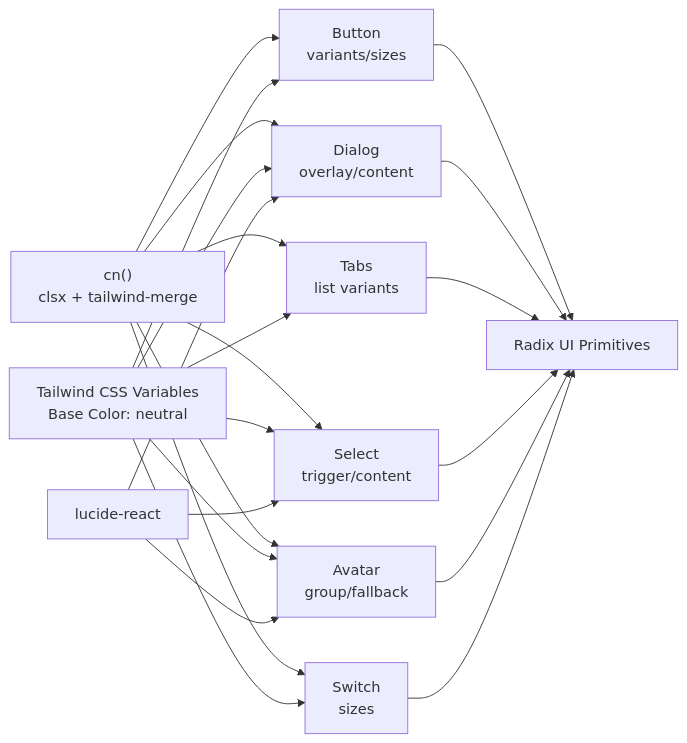
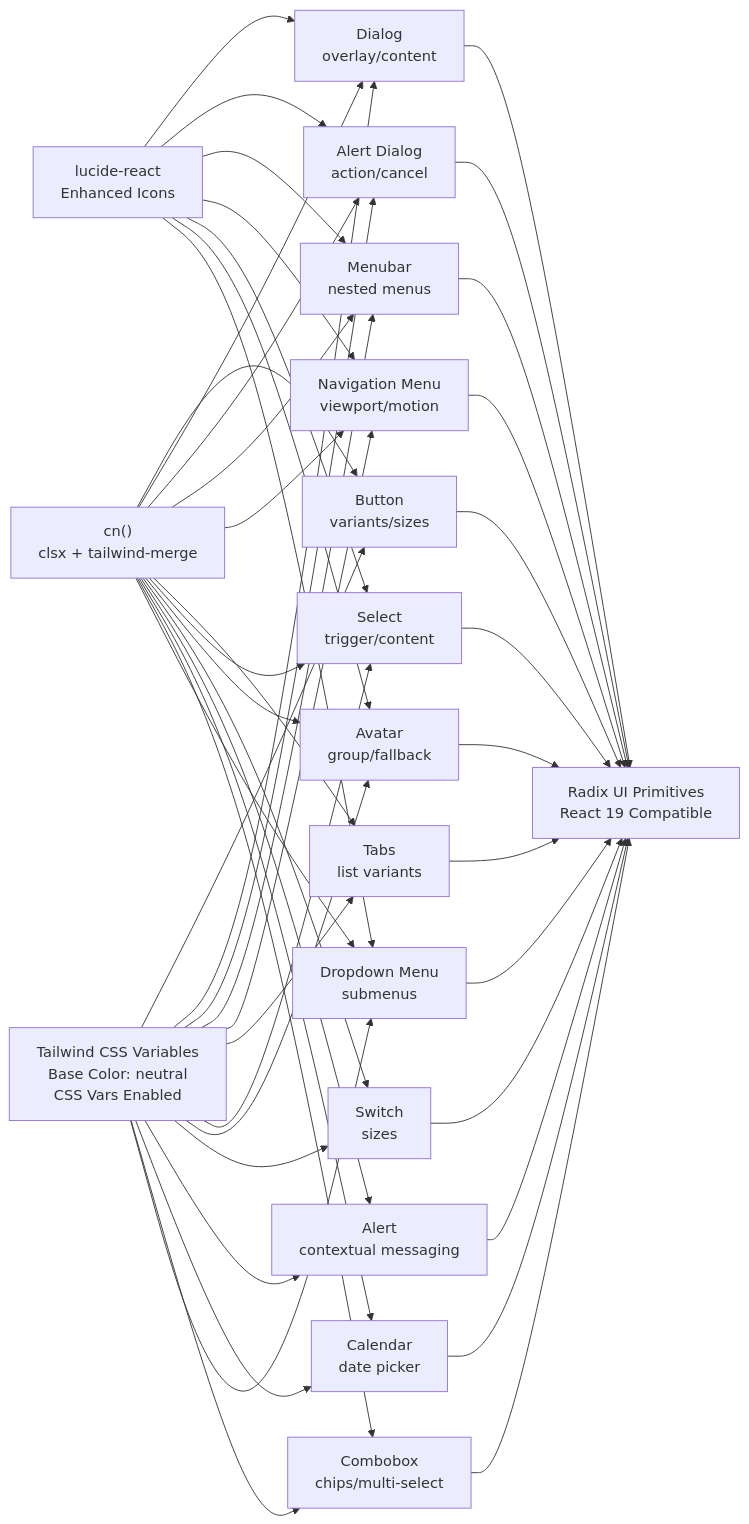
The second of 7 diagrams in .qoder/repowiki/en/content/Frontend Components & UI/UI Component Library.md (vincet0t15/template), drawn with Mermaid before and after one commit. The commit also changed other lines of this file and 5 other files, not shown here.

````diff
--- a/.qoder/repowiki/en/content/Frontend Components & UI/UI Component Library.md
+++ b/.qoder/repowiki/en/content/Frontend Components & UI/UI Component Library.md
@@ -136,24 +192,49 @@
 ```mermaid
 graph LR
 CN["cn()<br/>clsx + tailwind-merge"] --> BTN["Button<br/>variants/sizes"]
 CN --> DLG["Dialog<br/>overlay/content"]
+CN --> ADLG["Alert Dialog<br/>action/cancel"]
+CN --> MBAR["Menubar<br/>nested menus"]
+CN --> NVMENU["Navigation Menu<br/>viewport/motion"]
 CN --> TABS["Tabs<br/>list variants"]
 CN --> SEL["Select<br/>trigger/content"]
 CN --> AVA["Avatar<br/>group/fallback"]
 CN --> SW["Switch<br/>sizes"]
-BTN --> RADIX["Radix UI Primitives"]
+CN --> ALERT["Alert<br/>contextual messaging"]
+CN --> CAL["Calendar<br/>date picker"]
+CN --> COMBO["Combobox<br/>chips/multi-select"]
+CN --> DROP["Dropdown Menu<br/>submenus"]
+BTN --> RADIX["Radix UI Primitives<br/>React 19 Compatible"]
 DLG --> RADIX
+ADLG --> RADIX
+MBAR --> RADIX
+NVMENU --> RADIX
 TABS --> RADIX
 SEL --> RADIX
 AVA --> RADIX
 SW --> RADIX
-THEME["Tailwind CSS Variables<br/>Base Color: neutral"] --> BTN
+ALERT --> RADIX
+CAL --> RADIX
+COMBO --> RADIX
+DROP --> RADIX
+THEME["Tailwind CSS Variables<br/>Base Color: neutral<br/>CSS Vars Enabled"] --> BTN
 THEME --> DLG
+THEME --> ADLG
+THEME --> MBAR
+THEME --> NVMENU
 THEME --> TABS
 THEME --> SEL
 THEME --> AVA
 THEME --> SW
-ICONS["lucide-react"] --> DLG
+THEME --> ALERT
+THEME --> CAL
+THEME --> COMBO
+THEME --> DROP
+ICONS["lucide-react<br/>Enhanced Icons"] --> DLG
+ICONS --> ADLG
+ICONS --> MBAR
+ICONS --> NVMENU
 ICONS --> SEL
 ICONS --> AVA
+ICONS --> DROP
 ```
````
